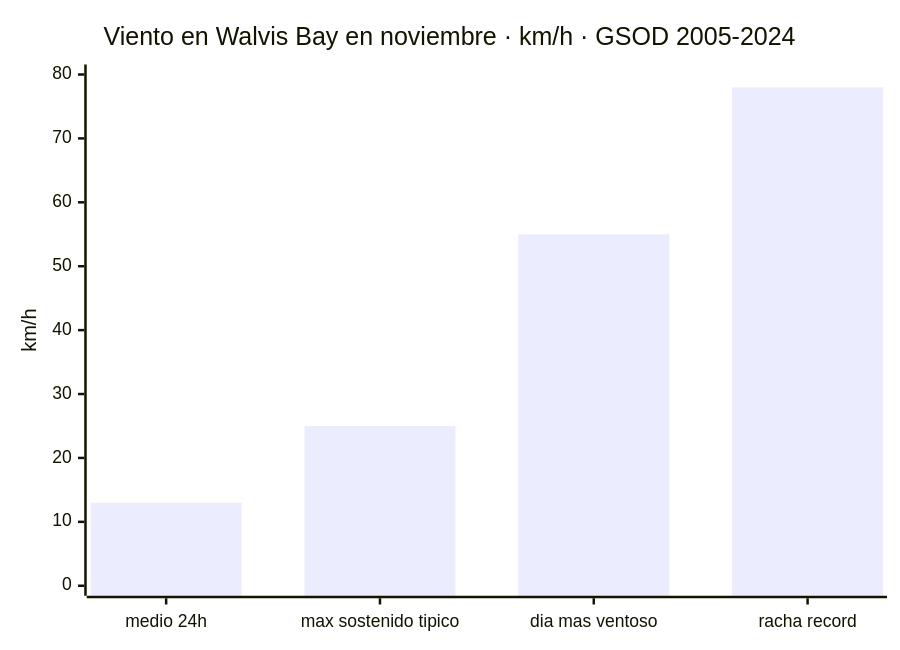
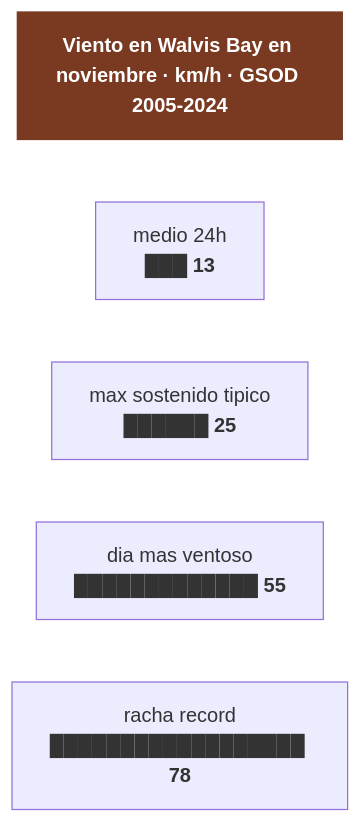
The fifth of 7 diagrams in 08-huecos-cerrados.md (morandeirachema/namibia), drawn with Mermaid before and after one commit. The commit also changed other lines of this file and 9 other files, not shown here.

Commit message:
Cambiar los 23 graficos xychart-beta por barras de flowchart: GitHub no renderiza los tipos beta de Mermaid

````diff
--- a/08-huecos-cerrados.md
+++ b/08-huecos-cerrados.md
@@ -436,7 +470,13 @@
 ```mermaid
-xychart-beta
-    title "Viento en Walvis Bay en noviembre · km/h · GSOD 2005-2024"
-    x-axis ["medio 24h", "max sostenido tipico", "dia mas ventoso", "racha record"]
-    y-axis "km/h" 0 --> 80
-    bar [13, 25, 55, 78]
+flowchart TD
+    T["<b>Viento en Walvis Bay en noviembre · km/h · GSOD 2005-2024</b>"]
+    n0["medio 24h<br/>███ <b>13</b>"]
+    n1["max sostenido tipico<br/>██████ <b>25</b>"]
+    n2["dia mas ventoso<br/>█████████████ <b>55</b>"]
+    n3["racha record<br/>██████████████████ <b>78</b>"]
+    T ~~~ n0
+    n0 ~~~ n1
+    n1 ~~~ n2
+    n2 ~~~ n3
+    style T fill:#7a3a22,color:#fff,stroke:#7a3a22
 ```
````
